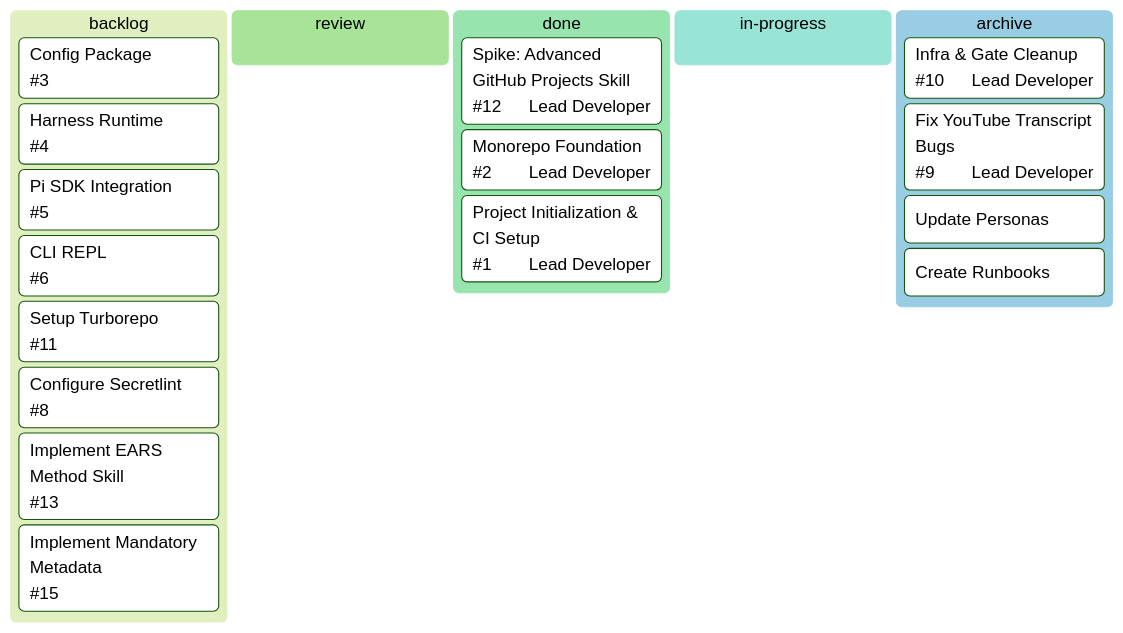
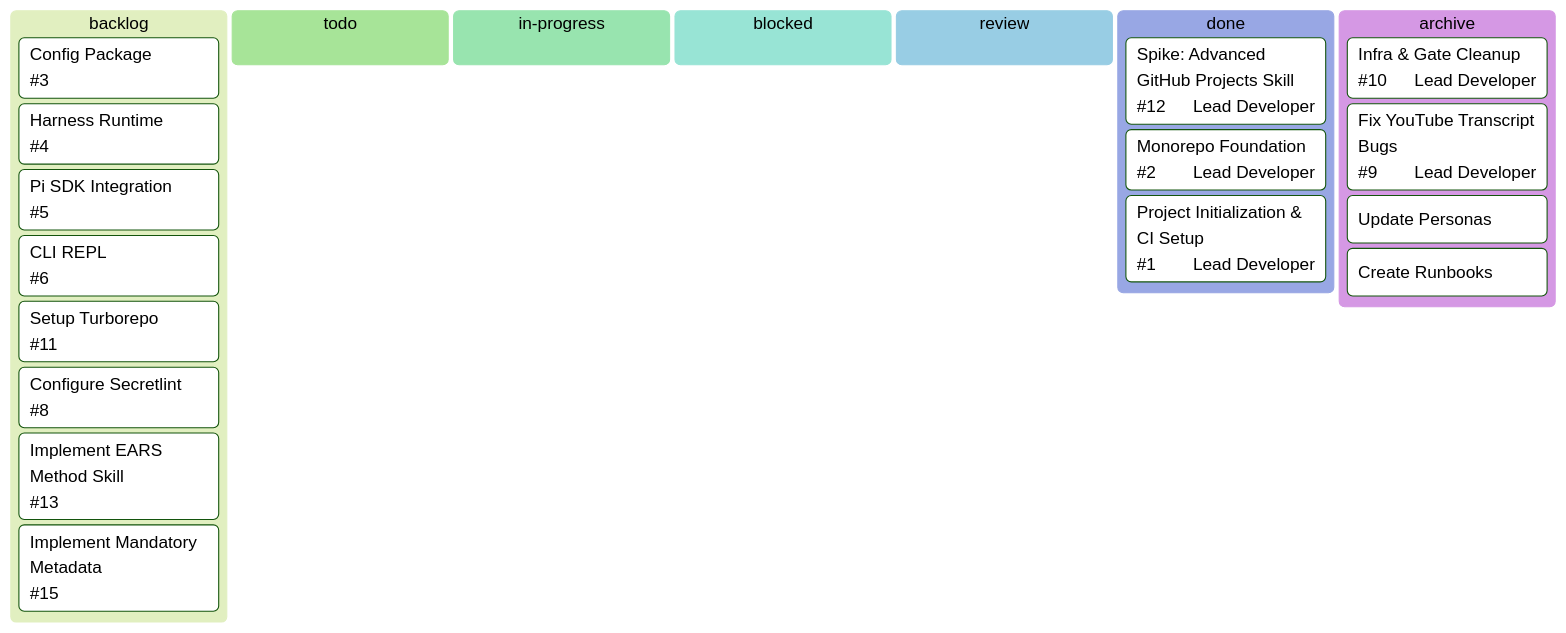
Before and after one commit to LoFi-Monk/lofipulse: the diagram in .agent/kanban-lofipulse.md, drawn with Mermaid (forest theme). The commit also changed 15 other files, not shown here.

````diff
--- a/.agent/kanban-lofipulse.md
+++ b/.agent/kanban-lofipulse.md
@@ -9,23 +9,25 @@
 ```mermaid
 kanban
   backlog
     [Config Package]@{ ticket: '#3', priority: 'P1' }
     [Harness Runtime]@{ ticket: '#4', priority: 'P2' }
     [Pi SDK Integration]@{ ticket: '#5', priority: 'P2' }
     [CLI REPL]@{ ticket: '#6', priority: 'P2' }
     [Setup Turborepo]@{ ticket: '#11', priority: 'P1' }
     [Configure Secretlint]@{ ticket: '#8', priority: 'P2' }
     [Implement EARS Method Skill]@{ ticket: '#13', priority: 'P1' }
     [Implement Mandatory Metadata]@{ ticket: '#15', priority: 'P1' }
+  todo
+  in-progress
+  blocked
   review
   done
     [Spike: Advanced GitHub Projects Skill]@{ ticket: '#12', assigned: 'Lead Developer', priority: 'P1' }
     [Monorepo Foundation]@{ ticket: '#2', assigned: 'Lead Developer', priority: 'P1' }
     [Project Initialization & CI Setup]@{ ticket: '#1', assigned: 'Lead Developer', priority: 'P1' }
-  in-progress
   archive
     [Infra & Gate Cleanup]@{ ticket: '#10', assigned: 'Lead Developer', priority: 'P2' }
     [Fix YouTube Transcript Bugs]@{ ticket: '#9', assigned: 'Lead Developer', priority: 'P1' }
     [Update Personas]
     [Create Runbooks]
 ```
````
